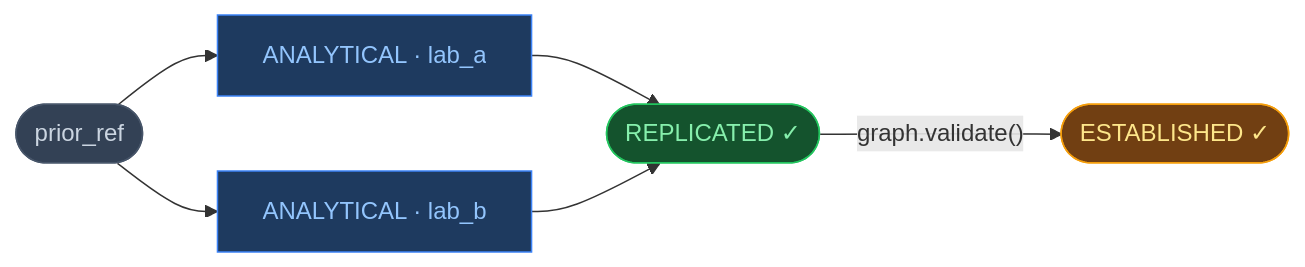
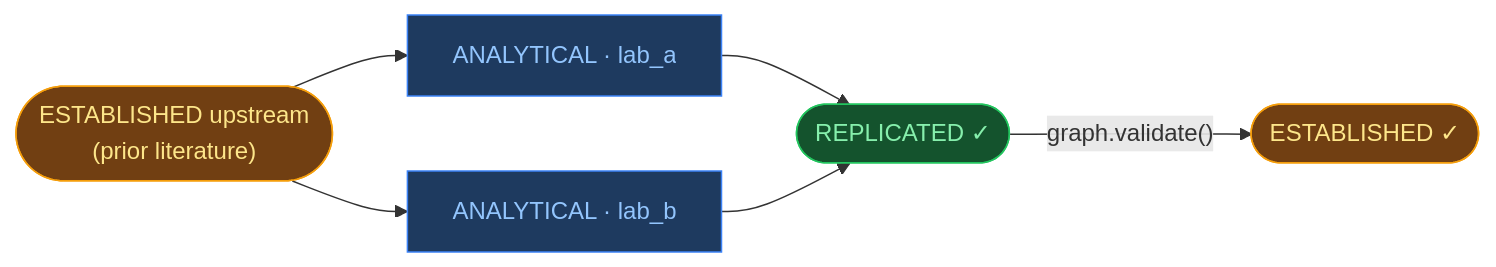
One commit to mareforma/mareforma changed the diagram in README.md. Above: the diagram before and after it, drawn with Mermaid. The commit also changed other lines of this file and 16 other files, not shown here.

````diff
--- a/README.md
+++ b/README.md
@@ -30,14 +30,14 @@
 ```mermaid
 graph LR
-    P([prior_ref]) --> A["ANALYTICAL · lab_a"]
+    P(["ESTABLISHED upstream<br/>(prior literature)"]) --> A["ANALYTICAL · lab_a"]
     P --> B["ANALYTICAL · lab_b"]
     A --> R(["REPLICATED ✓"])
     B --> R
     R -->|"graph.validate()"| E(["ESTABLISHED ✓"])
 
-    style P fill:#334155,stroke:#475569,color:#cbd5e1
+    style P fill:#713f12,stroke:#f59e0b,color:#fde68a
     style A fill:#1e3a5f,stroke:#3b82f6,color:#93c5fd
     style B fill:#1e3a5f,stroke:#3b82f6,color:#93c5fd
     style R fill:#14532d,stroke:#22c55e,color:#86efac
     style E fill:#713f12,stroke:#f59e0b,color:#fde68a
 ```
````
